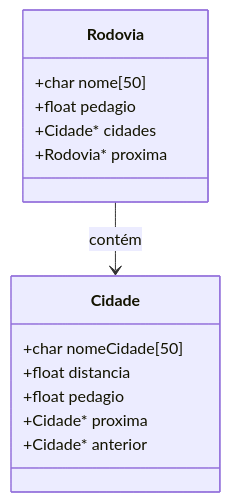
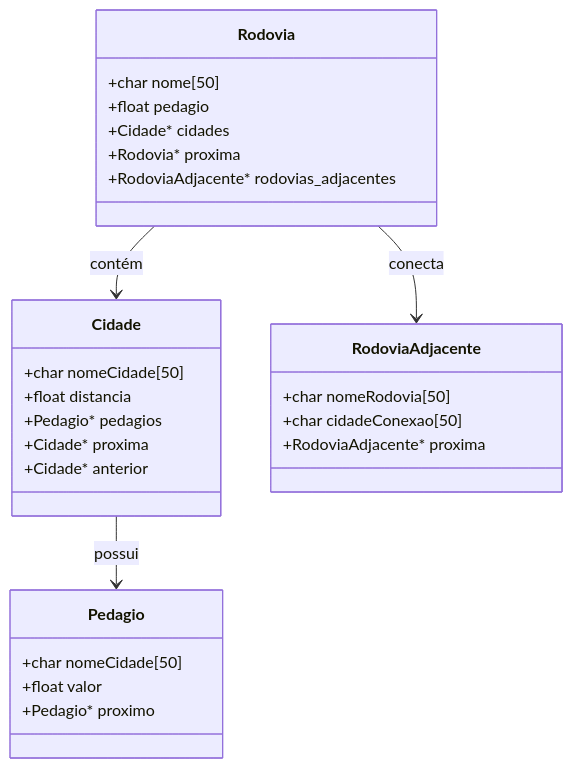
The third of 3 diagrams in Relatório e Doc/documentacao-tecnica.md (matheusmedrado/Algoritmos-e-Estruturas-de-Dados), drawn with Mermaid before and after one commit. The commit also changed other lines of this file and 4 other files, not shown here.

````diff
--- a/Relatório e Doc/documentacao-tecnica.md
+++ b/Relatório e Doc/documentacao-tecnica.md
@@ -72,17 +87,30 @@
 ```mermaid
 classDiagram
     class Rodovia {
         +char nome[50]
         +float pedagio
         +Cidade* cidades
         +Rodovia* proxima
+        +RodoviaAdjacente* rodovias_adjacentes
     }
     class Cidade {
         +char nomeCidade[50]
         +float distancia
-        +float pedagio
+        +Pedagio* pedagios
         +Cidade* proxima
         +Cidade* anterior
     }
+    class Pedagio {
+        +char nomeCidade[50]
+        +float valor
+        +Pedagio* proximo
+    }
+    class RodoviaAdjacente {
+        +char nomeRodovia[50]
+        +char cidadeConexao[50]
+        +RodoviaAdjacente* proxima
+    }
     Rodovia --> Cidade : contém
+    Rodovia --> RodoviaAdjacente : conecta
+    Cidade --> Pedagio : possui
 ```
````
